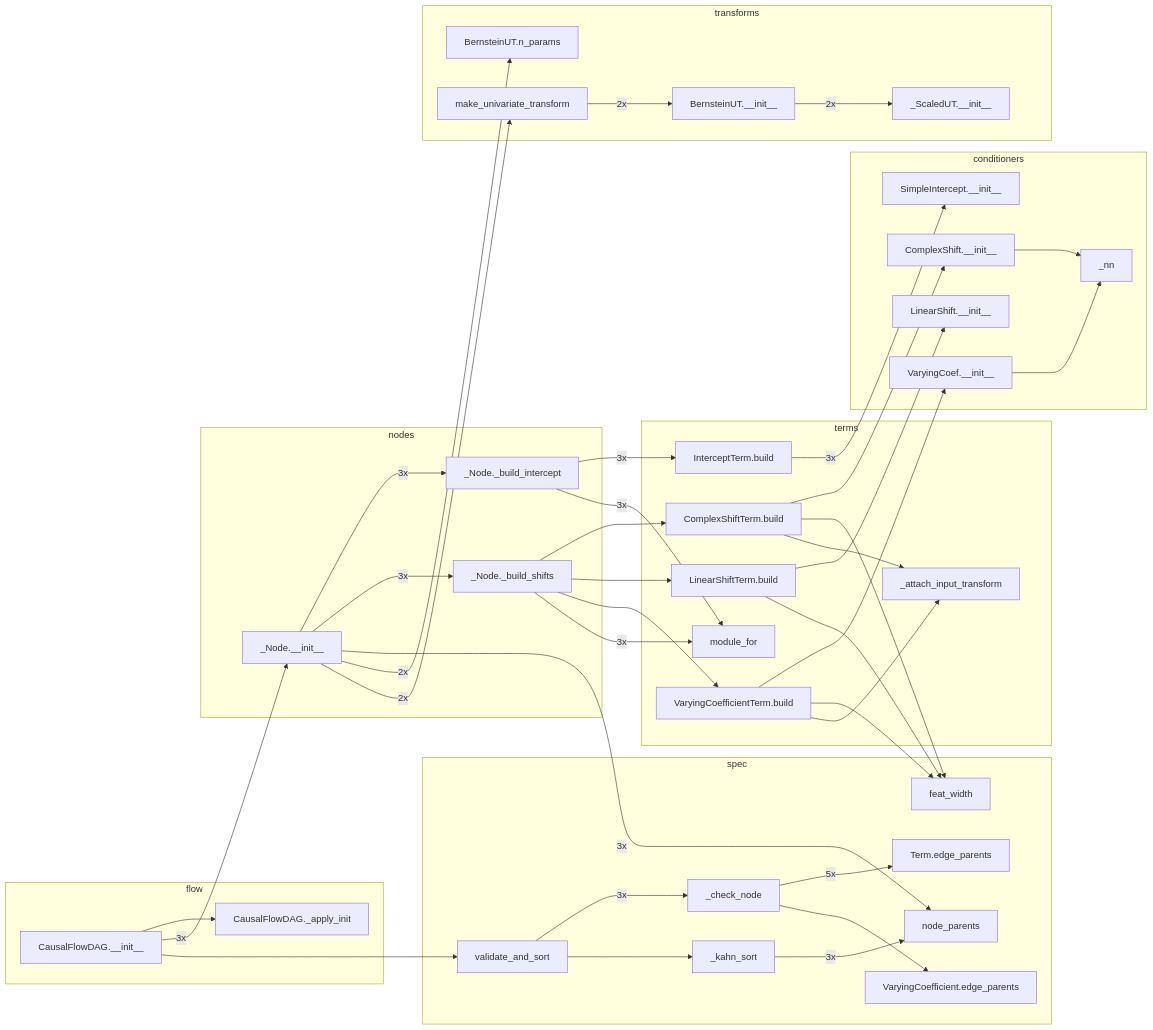
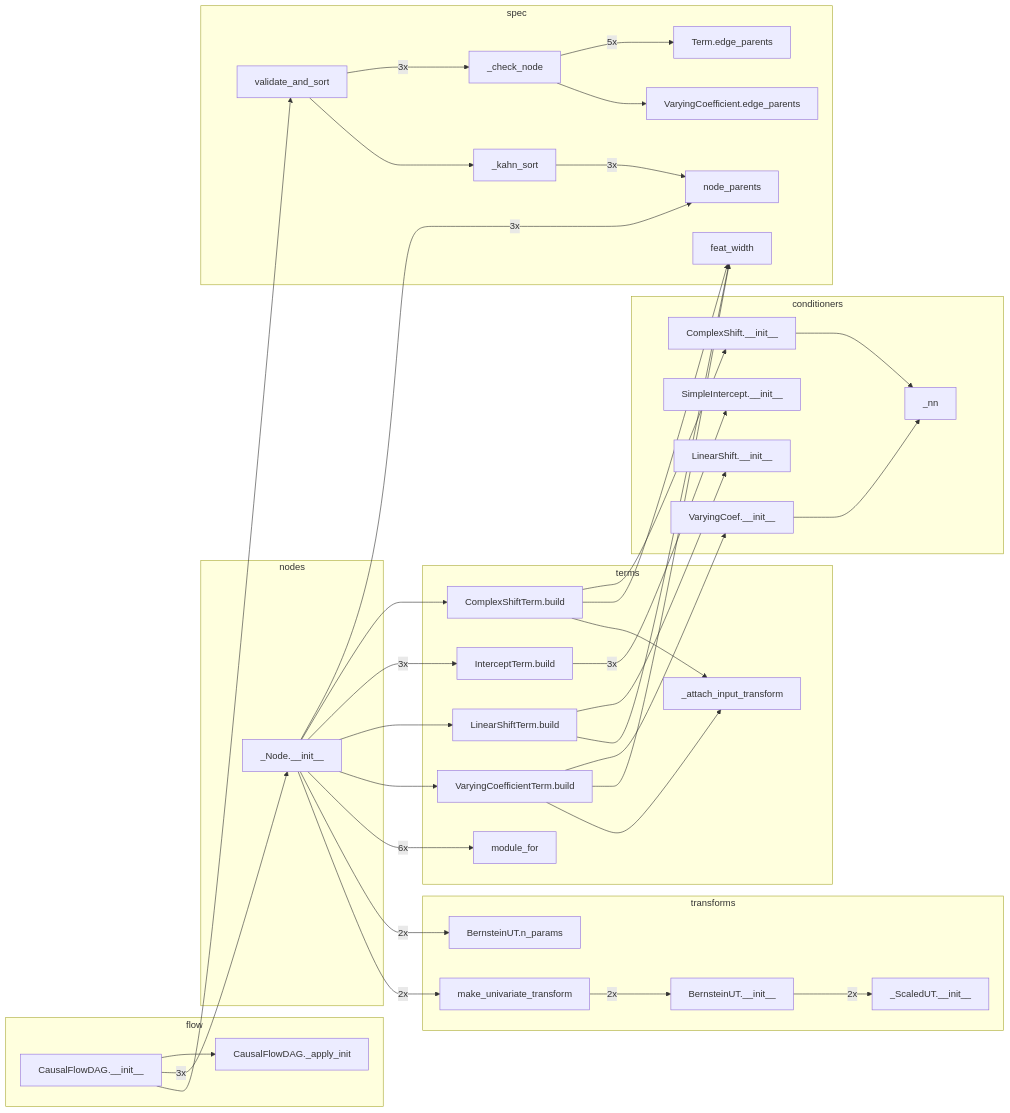
The fifth of 6 diagrams in docs/architecture.md (tensorchiefs/tramdag), drawn with Mermaid before and after one commit. The commit also changed other lines of this file and 7 other files, not shown here.

````diff
--- a/docs/architecture.md
+++ b/docs/architecture.md
@@ -324,74 +324,69 @@
 ```mermaid
 flowchart LR
   subgraph conditioners
     n0["ComplexShift.__init__"]
-    n24["LinearShift.__init__"]
-    n23["SimpleIntercept.__init__"]
+    n22["LinearShift.__init__"]
+    n21["SimpleIntercept.__init__"]
     n2["VaryingCoef.__init__"]
     n1["_nn"]
   end
   subgraph flow
     n3["CausalFlowDAG.__init__"]
     n4["CausalFlowDAG._apply_init"]
   end
   subgraph nodes
     n5["_Node.__init__"]
-    n7["_Node._build_intercept"]
-    n8["_Node._build_shifts"]
   end
   subgraph spec
-    n18["Term.edge_parents"]
-    n19["VaryingCoefficient.edge_parents"]
-    n17["_check_node"]
-    n20["_kahn_sort"]
-    n21["feat_width"]
-    n9["node_parents"]
+    n16["Term.edge_parents"]
+    n17["VaryingCoefficient.edge_parents"]
+    n15["_check_node"]
+    n18["_kahn_sort"]
+    n19["feat_width"]
+    n7["node_parents"]
     n6["validate_and_sort"]
   end
   subgraph terms
-    n14["ComplexShiftTerm.build"]
-    n12["InterceptTerm.build"]
-    n15["LinearShiftTerm.build"]
-    n16["VaryingCoefficientTerm.build"]
-    n22["_attach_input_transform"]
-    n13["module_for"]
+    n8["ComplexShiftTerm.build"]
+    n9["InterceptTerm.build"]
+    n10["LinearShiftTerm.build"]
+    n11["VaryingCoefficientTerm.build"]
+    n20["_attach_input_transform"]
+    n12["module_for"]
   end
   subgraph transforms
-    n25["BernsteinUT.__init__"]
-    n10["BernsteinUT.n_params"]
-    n26["_ScaledUT.__init__"]
-    n11["make_univariate_transform"]
+    n23["BernsteinUT.__init__"]
+    n13["BernsteinUT.n_params"]
+    n24["_ScaledUT.__init__"]
+    n14["make_univariate_transform"]
   end
     n0 --> n1
     n2 --> n1
     n3 --> n4
     n3 -- "3x" --> n5
     n3 --> n6
     n5 -- "3x" --> n7
-    n5 -- "3x" --> n8
+    n5 --> n8
     n5 -- "3x" --> n9
-    n5 -- "2x" --> n10
-    n5 -- "2x" --> n11
-    n7 -- "3x" --> n12
-    n7 -- "3x" --> n13
-    n8 --> n14
-    n8 --> n15
-    n8 --> n16
-    n8 -- "3x" --> n13
-    n17 -- "5x" --> n18
-    n17 --> n19
-    n20 -- "3x" --> n9
-    n6 -- "3x" --> n17
-    n6 --> n20
-    n14 --> n0
-    n14 --> n21
-    n14 --> n22
-    n12 -- "3x" --> n23
-    n15 --> n24
-    n15 --> n21
-    n16 --> n2
-    n16 --> n21
-    n16 --> n22
-    n25 -- "2x" --> n26
-    n11 -- "2x" --> n25
+    n5 --> n10
+    n5 --> n11
+    n5 -- "6x" --> n12
+    n5 -- "2x" --> n13
+    n5 -- "2x" --> n14
+    n15 -- "5x" --> n16
+    n15 --> n17
+    n18 -- "3x" --> n7
+    n6 -- "3x" --> n15
+    n6 --> n18
+    n8 --> n0
+    n8 --> n19
+    n8 --> n20
+    n9 -- "3x" --> n21
+    n10 --> n22
+    n10 --> n19
+    n11 --> n2
+    n11 --> n19
+    n11 --> n20
+    n23 -- "2x" --> n24
+    n14 -- "2x" --> n23
 ```
````
